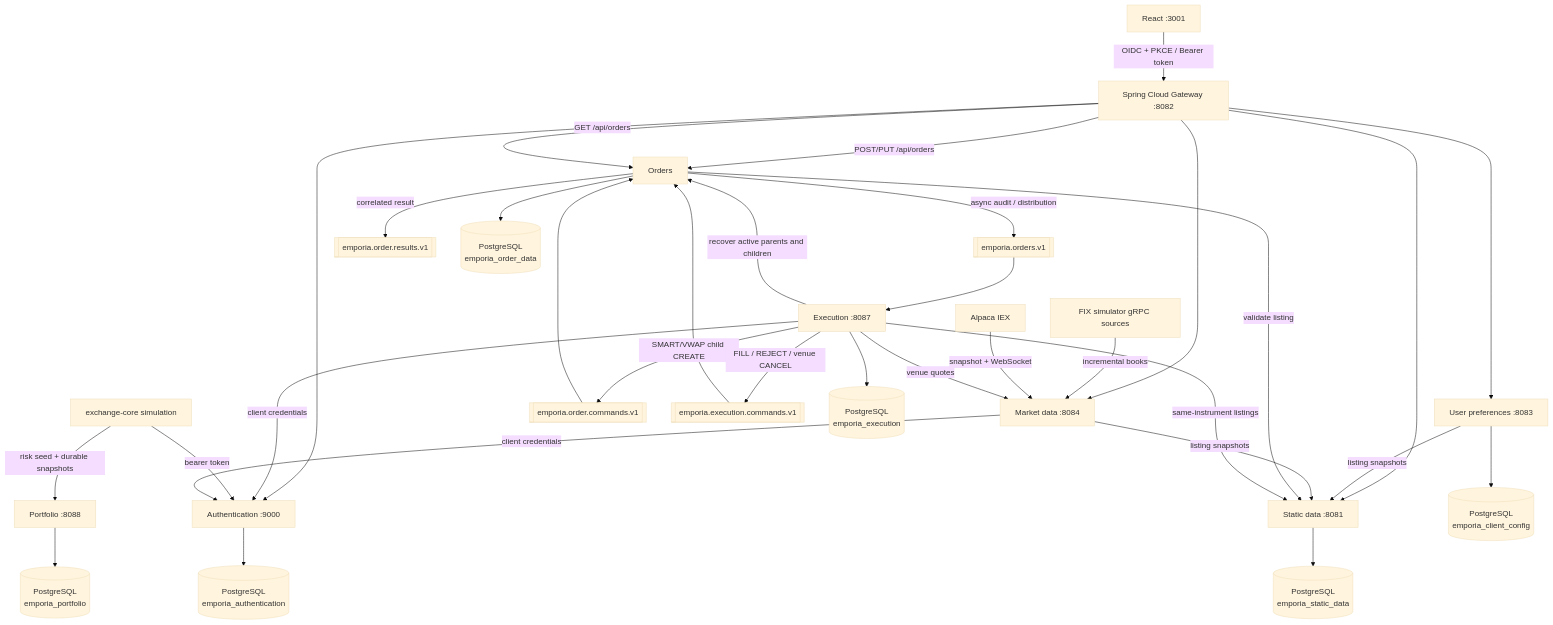
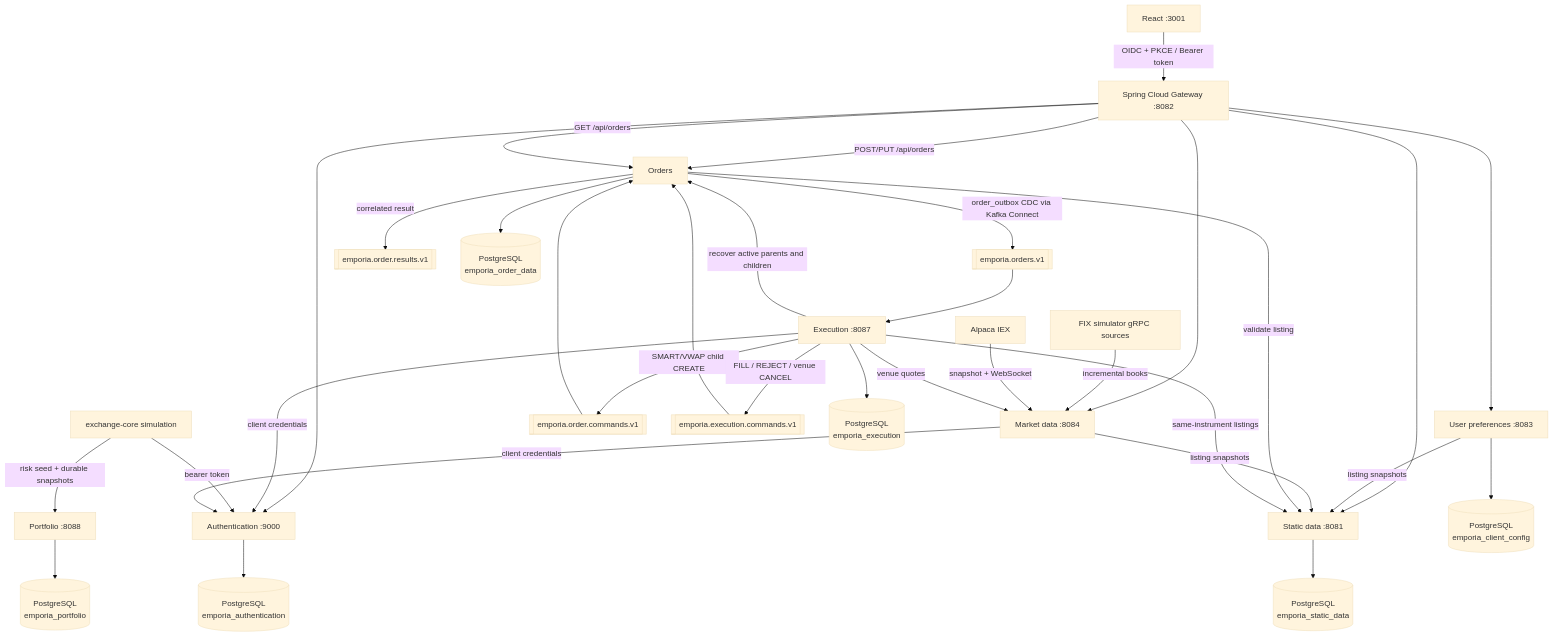
Before and after one commit to nvxtien/emporia: the diagram in README.md, drawn with Mermaid (base theme). The commit also changed other lines of this file and 7 other files, not shown here.

````diff
--- a/README.md
+++ b/README.md
@@ -40,38 +40,38 @@
 ```mermaid
 flowchart TD
     Browser[React :3001] -->|OIDC + PKCE / Bearer token| Gateway[Spring Cloud Gateway :8082]
     Gateway --> Auth[Authentication :9000]
     Gateway --> Static[Static data :8081]
     Gateway --> Preferences[User preferences :8083]
     Gateway --> Market[Market data :8084]
     Gateway -->|POST/PUT /api/orders| Orders
     Gateway -->|GET /api/orders| Orders
     Execution[Execution :8087] -->|client credentials| Auth
     ExchangeCore[exchange-core simulation] -->|risk seed + durable snapshots| Portfolio[Portfolio :8088]
     ExchangeCore -->|bearer token| Auth
 
     Preferences -->|listing snapshots| Static
     Market -->|listing snapshots| Static
     Market -->|client credentials| Auth
     Fix[FIX simulator gRPC sources] -->|incremental books| Market
     Alpaca[Alpaca IEX] -->|snapshot + WebSocket| Market
     Orders -->|validate listing| Static
 
-    Orders -->|async audit / distribution| OrderLog[[emporia.orders.v1]]
+    Orders -->|order_outbox CDC via Kafka Connect| OrderLog[[emporia.orders.v1]]
     Execution -->|SMART/VWAP child CREATE| Commands[[emporia.order.commands.v1]]
     Commands --> Orders
     Orders -->|correlated result| Results[[emporia.order.results.v1]]
     OrderLog --> Execution
     Execution -->|FILL / REJECT / venue CANCEL| ExecutionCommands[[emporia.execution.commands.v1]]
     ExecutionCommands --> Orders
     Execution -->|recover active parents and children| Orders
     Execution -->|same-instrument listings| Static
     Execution -->|venue quotes| Market
 
     Auth --> AuthDb[(PostgreSQL\nemporia_authentication)]
     Static --> StaticDb[(PostgreSQL\nemporia_static_data)]
     Preferences --> PreferencesDb[(PostgreSQL\nemporia_client_config)]
     Orders --> OrderDb[(PostgreSQL\nemporia_order_data)]
     Execution --> ExecutionDb[(PostgreSQL\nemporia_execution)]
     Portfolio --> PortfolioDb[(PostgreSQL\nemporia_portfolio)]
 ```
````
